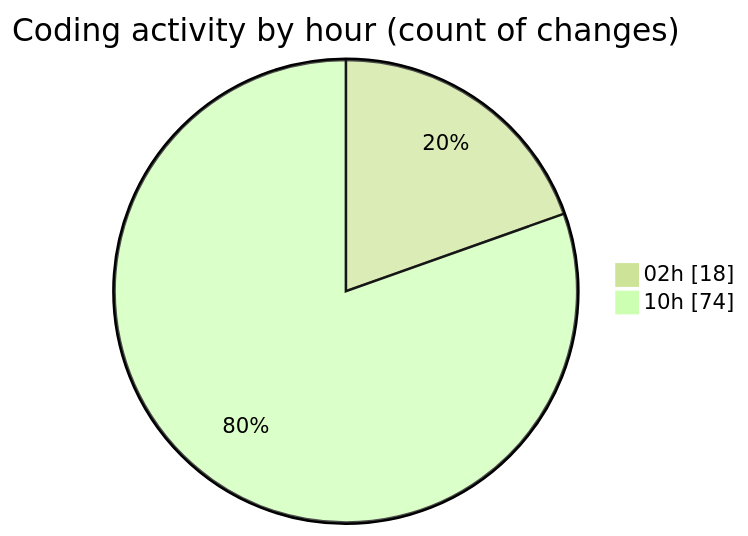
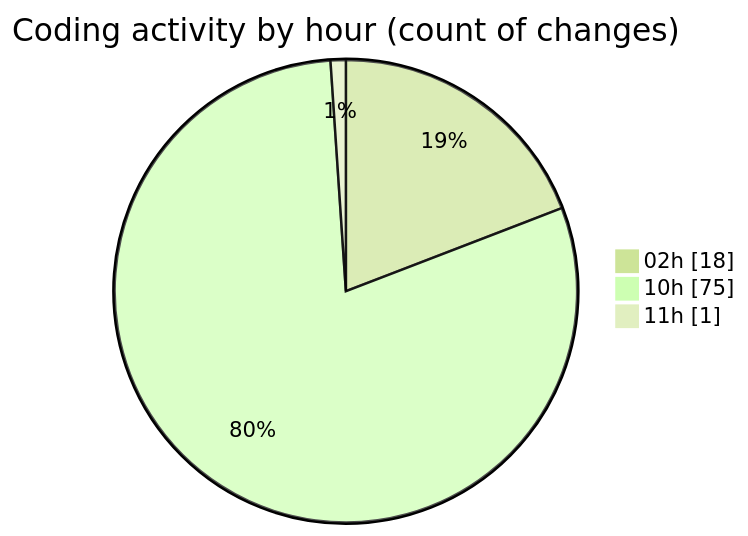
The second of 2 diagrams in 2026-07-08/twenty_versions_aminor/README.md (shibass792/code-tracking), drawn with Mermaid (forest theme) before and after one commit. The commit also changed other lines of this file and 1 other file, not shown here.

````diff
--- a/2026-07-08/twenty_versions_aminor/README.md
+++ b/2026-07-08/twenty_versions_aminor/README.md
@@ -32,6 +32,7 @@
 ```mermaid
 pie showData
 title Coding activity by hour (count of changes)
 "02h" : 18
-"10h" : 74
+"10h" : 75
+"11h" : 1
 ```
````
